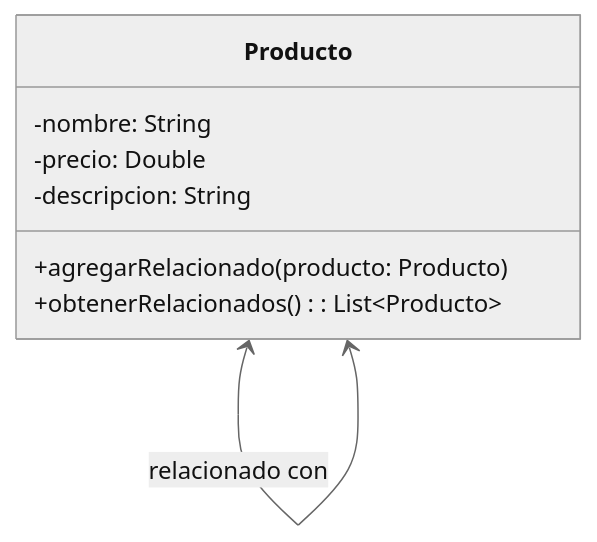
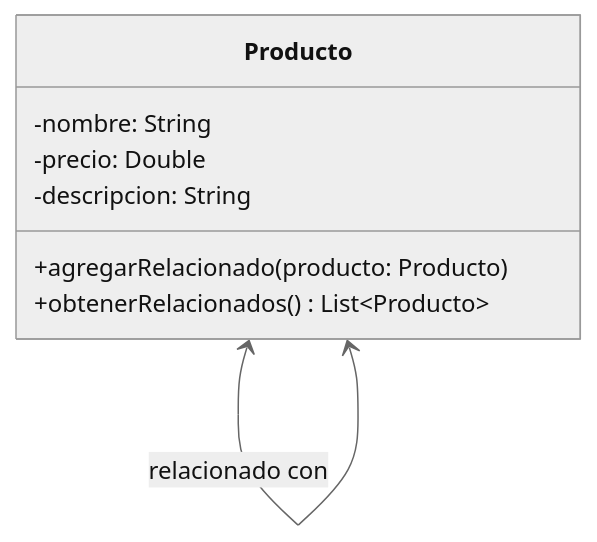
The tenth of 28 diagrams in UD4 - Introducción a POO, diagramas UML y diagramas de clases/ud04_2_notacion_uml_diagramas_clases.md (danielmartinan/entornos_desarrollo_2024-25), drawn with Mermaid (neutral theme) before and after one commit. The commit also changed other lines of this file and 2 other files, not shown here.

Commit message:
Movido pasos para crear un diagrama de clases a partir de la definición del problema de ud04_3 a ud04_2

````diff
--- a/UD4 - Introducción a POO, diagramas UML y diagramas de clases/ud04_2_notacion_uml_diagramas_clases.md
+++ b/UD4 - Introducción a POO, diagramas UML y diagramas de clases/ud04_2_notacion_uml_diagramas_clases.md
@@ -364,11 +378,11 @@
 ```mermaid
 classDiagram
     class Producto {
         -nombre: String
         -precio: Double
         -descripcion: String
         +agregarRelacionado(producto: Producto)
-        +obtenerRelacionados(): List~Producto~
+        +obtenerRelacionados() List~Producto~
     }
     Producto <--> Producto : relacionado con
 ```
````
